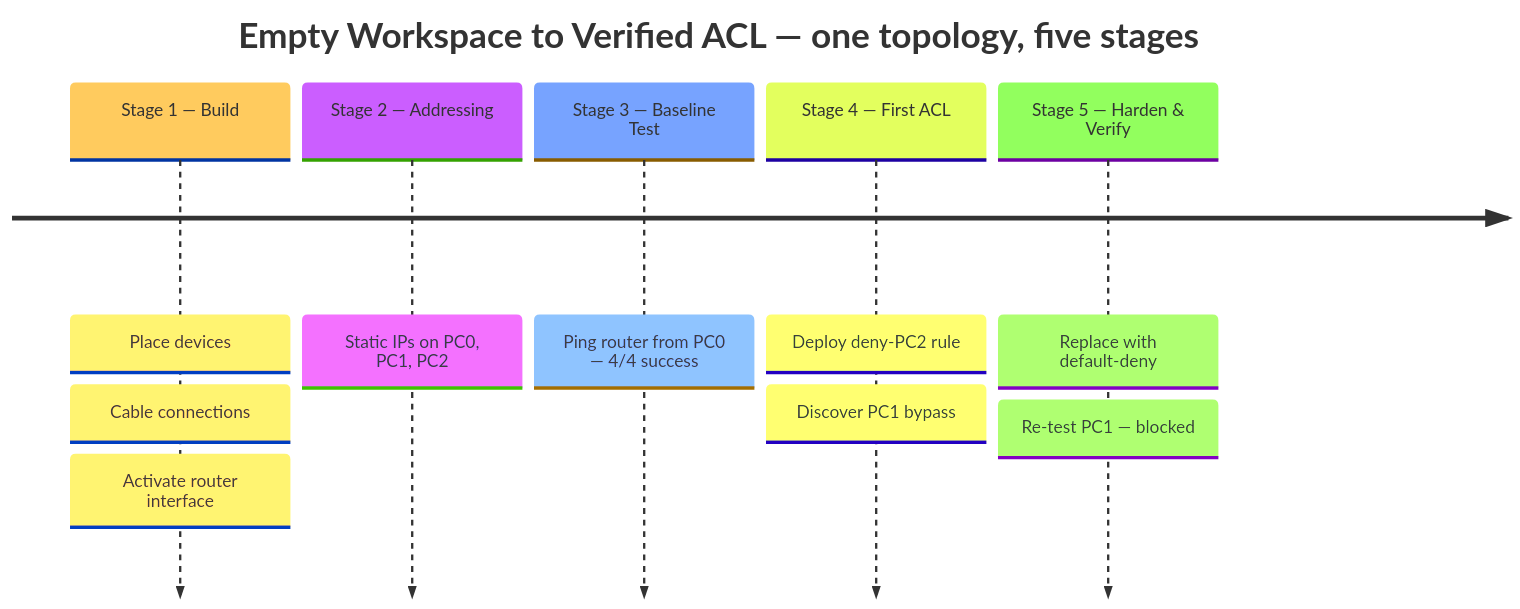
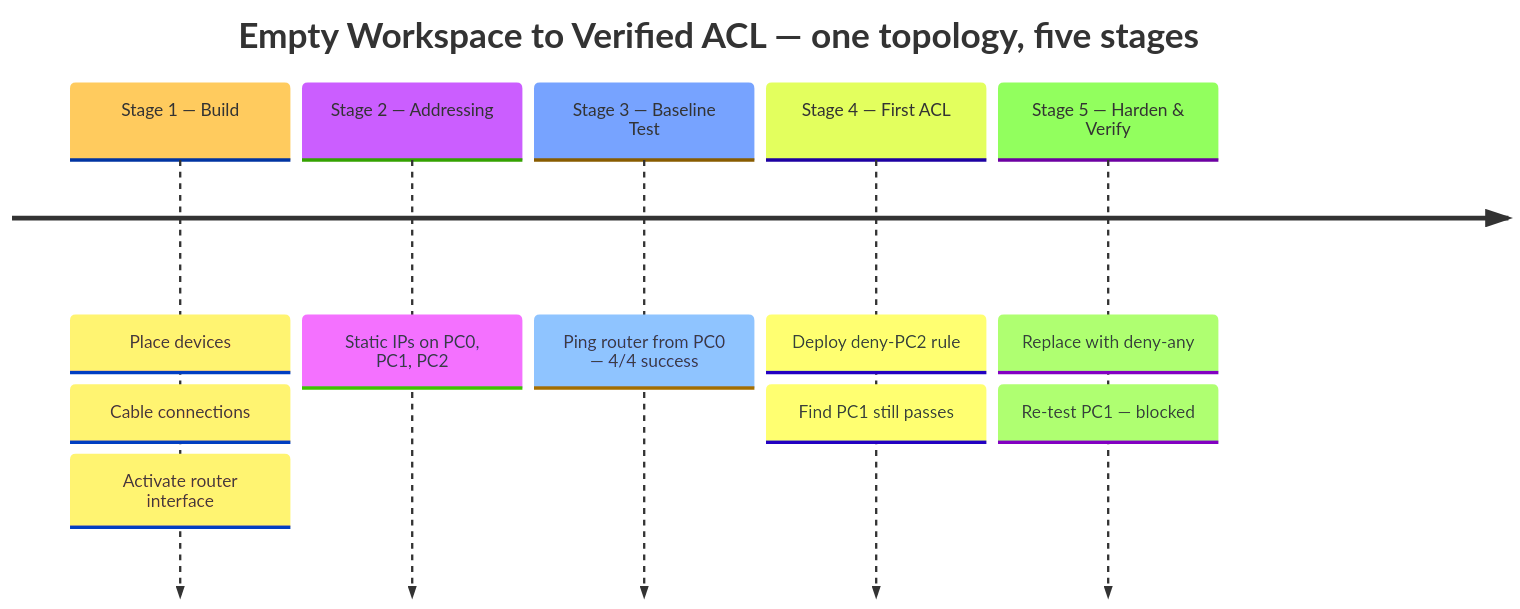
The second of 2 diagrams in 1-Foundational-Projects/project-02-cisco-infrastructure-secure-routing/README.md (malaika-azhar/Cybersecurity-Lab-Projects), drawn with Mermaid before and after one commit. The commit also changed other lines of this file, not shown here.

````diff
--- a/1-Foundational-Projects/project-02-cisco-infrastructure-secure-routing/README.md
+++ b/1-Foundational-Projects/project-02-cisco-infrastructure-secure-routing/README.md
@@ -149,10 +148,10 @@
 ```mermaid
 %%{init: {'theme': 'base', 'themeVariables': {'fontSize': '15px'}, 'timeline': {'disableMulticolor': false}}}%%
 timeline
     title Empty Workspace to Verified ACL — one topology, five stages
     Stage 1 — Build : Place devices : Cable connections : Activate router interface
     Stage 2 — Addressing : Static IPs on PC0, PC1, PC2
     Stage 3 — Baseline Test : Ping router from PC0 — 4/4 success
-    Stage 4 — First ACL : Deploy deny-PC2 rule : Discover PC1 bypass
-    Stage 5 — Harden & Verify : Replace with default-deny : Re-test PC1 — blocked
+    Stage 4 — First ACL : Deploy deny-PC2 rule : Find PC1 still passes
+    Stage 5 — Harden & Verify : Replace with deny-any : Re-test PC1 — blocked
 ```
````
